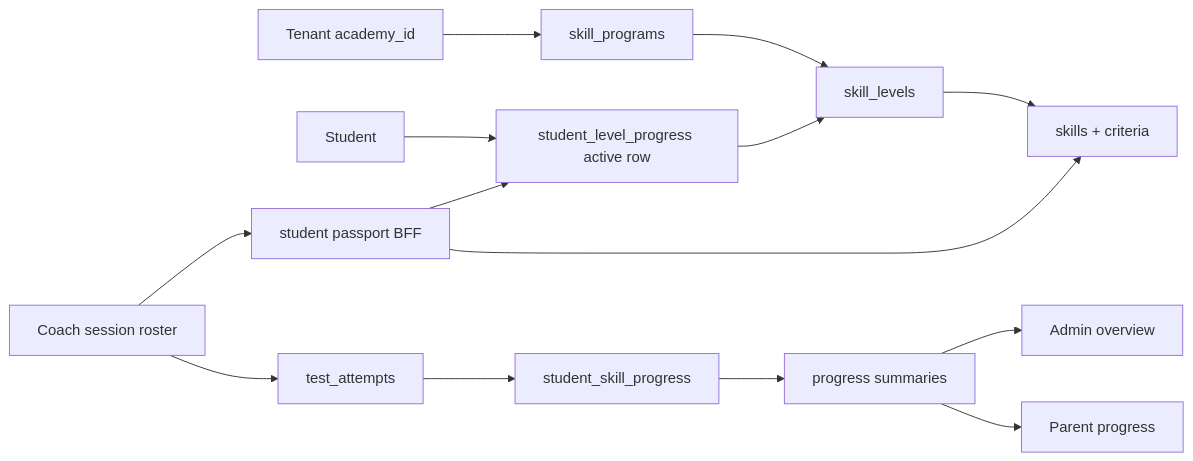
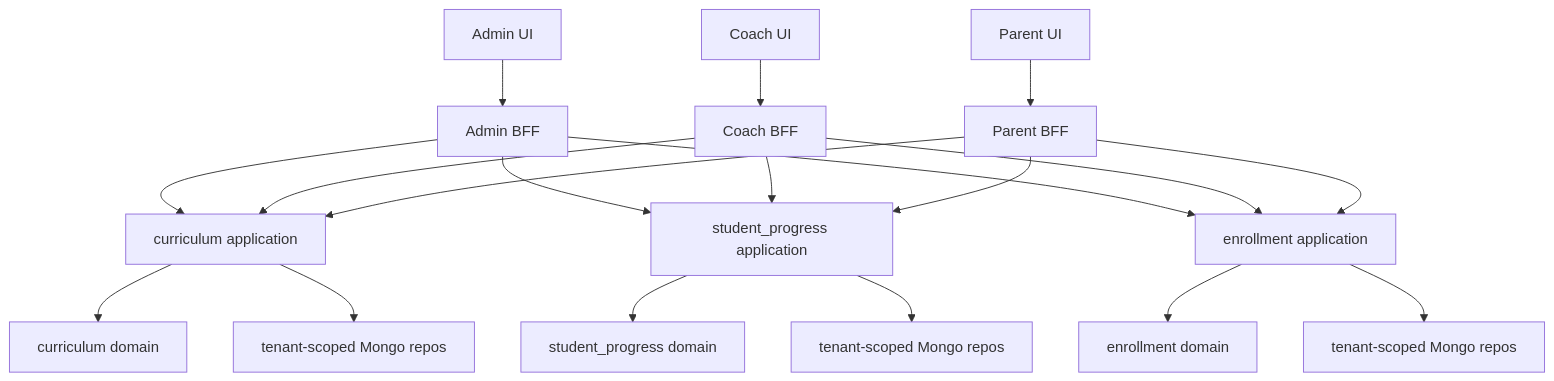
The diagram in docs/plans/2026-06-06-canonical-skill-pathway-architecture.md (Ramc4685/academy-manager), drawn with Mermaid before and after one commit. The commit also changed other lines of this file and 1 other file, not shown here.

Commit message:
Refine canonical skill pathway architecture plan

````diff
--- a/docs/plans/2026-06-06-canonical-skill-pathway-architecture.md
+++ b/docs/plans/2026-06-06-canonical-skill-pathway-architecture.md
@@ -25,16 +106,26 @@
 ```mermaid
-flowchart LR
-  Tenant["Tenant academy_id"] --> Program["skill_programs"]
-  Program --> Levels["skill_levels"]
-  Levels --> Skills["skills + criteria"]
-  Student["Student"] --> Placement["student_level_progress active row"]
-  Placement --> Levels
-  Coach["Coach session roster"] --> Passport["student passport BFF"]
-  Passport --> Placement
-  Passport --> Skills
-  Coach --> Tests["test_attempts"]
-  Tests --> SkillProgress["student_skill_progress"]
-  SkillProgress --> Summary["progress summaries"]
-  Summary --> Admin["Admin overview"]
-  Summary --> Parent["Parent progress"]
+flowchart TB
+  AdminUI["Admin UI"] --> AdminBFF["Admin BFF"]
+  CoachUI["Coach UI"] --> CoachBFF["Coach BFF"]
+  ParentUI["Parent UI"] --> ParentBFF["Parent BFF"]
+
+  AdminBFF --> CurriculumApp["curriculum application"]
+  AdminBFF --> ProgressApp["student_progress application"]
+  AdminBFF --> EnrollmentApp["enrollment application"]
+
+  CoachBFF --> CurriculumApp
+  CoachBFF --> ProgressApp
+  CoachBFF --> EnrollmentApp
+
+  ParentBFF --> CurriculumApp
+  ParentBFF --> ProgressApp
+  ParentBFF --> EnrollmentApp
+
+  CurriculumApp --> CurriculumDomain["curriculum domain"]
+  ProgressApp --> ProgressDomain["student_progress domain"]
+  EnrollmentApp --> EnrollmentDomain["enrollment domain"]
+
+  CurriculumApp --> CurriculumRepo["tenant-scoped Mongo repos"]
+  ProgressApp --> ProgressRepo["tenant-scoped Mongo repos"]
+  EnrollmentApp --> EnrollmentRepo["tenant-scoped Mongo repos"]
 ```
````
